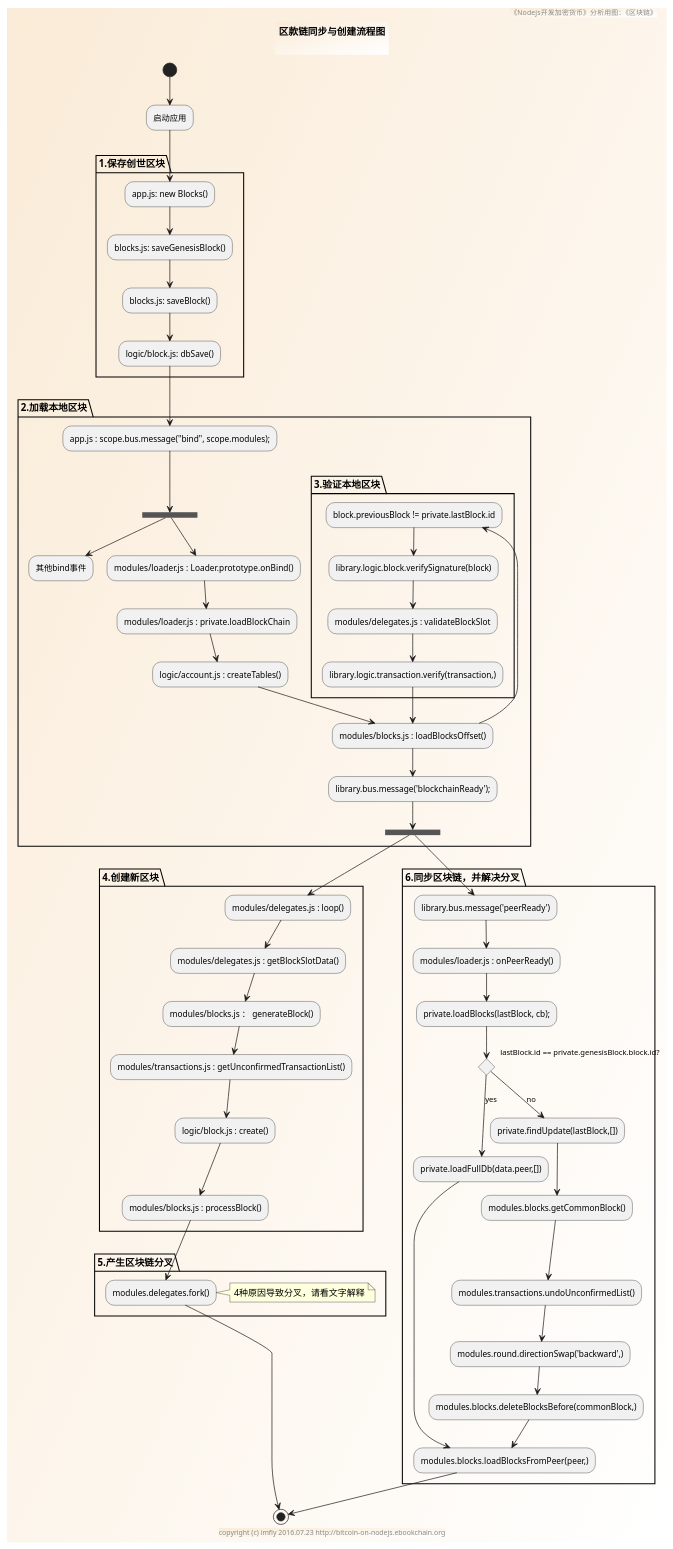
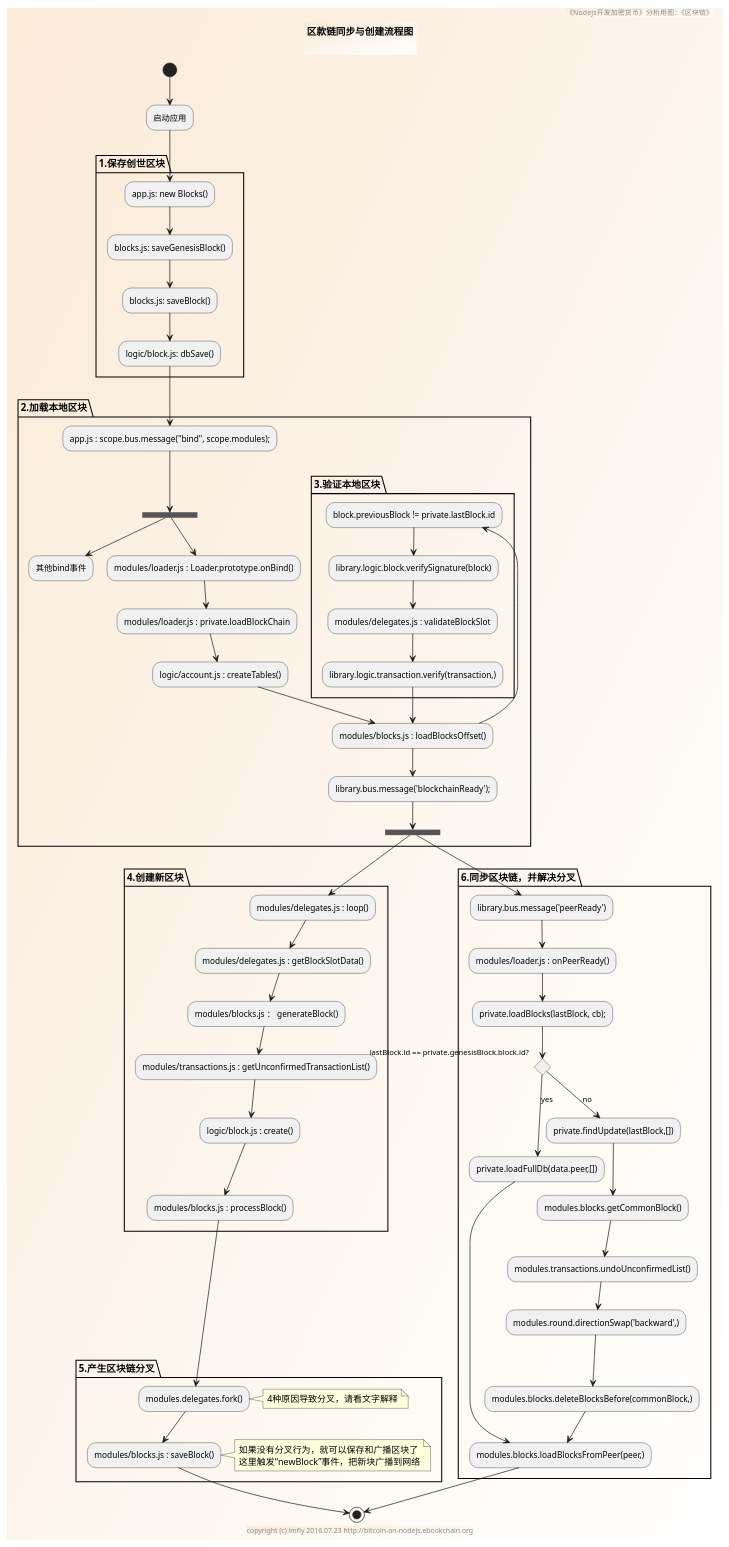
One commit to brightmanforever022/bitcoin-on-nodejs changed the diagram in sources/modules/blocks/activity.pu. Above: the diagram before and after it, drawn with PlantUML. The commit also changed 2 other files, not shown here.

```diff
--- a/sources/modules/blocks/activity.pu
+++ b/sources/modules/blocks/activity.pu
@@ -1,75 +1,80 @@
 @startuml ../../../styles/images/modules/blocks/blocks-activity.png
 skinparam BorderColor #blue\9932CC
 skinparam backgroundcolor AntiqueWhite/white
 
 title
 区款链同步与创建流程图
 
 end title
 
 footer copyright (c) imfly 2016.07.23 http://bitcoin-on-nodejs.ebookchain.org
 header 《Nodejs开发加密货币》分析用图：《区块链》
 
 (*) --> 启动应用
 
 partition "1.保存创世区块" {
   --> app.js: new Blocks()
   --> blocks.js: saveGenesisBlock()
   --> blocks.js: saveBlock()
   --> logic/block.js: dbSave()
 }
 
 partition "2.加载本地区块" {
   --> app.js : scope.bus.message("bind", scope.modules);
   --> ==bind==
   --> "其他bind事件"
   ==bind== --> modules/loader.js : Loader.prototype.onBind()
   --> modules/loader.js : private.loadBlockChain
   --> logic/account.js : createTables()
   --> "modules/blocks.js : loadBlocksOffset()" as loadBlocksOffset
   partition "3.验证本地区块" {
     --> block.previousBlock != private.lastBlock.id
     --> library.logic.block.verifySignature(block)
     --> modules/delegates.js : validateBlockSlot
     --> library.logic.transaction.verify(transaction,)
     --> loadBlocksOffset
   }
   --> library.bus.message('blockchainReady');
   --> ==blockchainReady==
 }
 
 partition "4.创建新区块" {
   --> modules/delegates.js : loop()
   --> modules/delegates.js : getBlockSlotData()
   --> modules/blocks.js ： generateBlock()
   --> modules/transactions.js : getUnconfirmedTransactionList()
   --> logic/block.js : create()
   --> modules/blocks.js : processBlock()
 }
 
 partition "5.产生区块链分叉" {
   --> modules.delegates.fork()
   note right: 4种原因导致分叉，请看文字解释
+  --> modules/blocks.js : saveBlock()
+  note right
+  如果没有分叉行为，就可以保存和广播区块了
+  这里触发“newBlock”事件，把新块广播到网络
+  end note
 }
 
 --> (*)
 
 partition "6.同步区块链，并解决分叉" {
   ==blockchainReady== --> library.bus.message('peerReady')
   --> modules/loader.js : onPeerReady()
   --> private.loadBlocks(lastBlock, cb);
   if lastBlock.id == private.genesisBlock.block.id? then
   --> [yes] private.loadFullDb(data.peer,[])
   --> "modules.blocks.loadBlocksFromPeer(peer,)" as loadBlocksFromPeer
   else
   --> [no] private.findUpdate(lastBlock,[])
   endif
   --> modules.blocks.getCommonBlock()
   --> modules.transactions.undoUnconfirmedList()
   --> modules.round.directionSwap('backward',)
   --> modules.blocks.deleteBlocksBefore(commonBlock,)
   --> loadBlocksFromPeer
 }
 
 --> (*)
 @enduml
```
